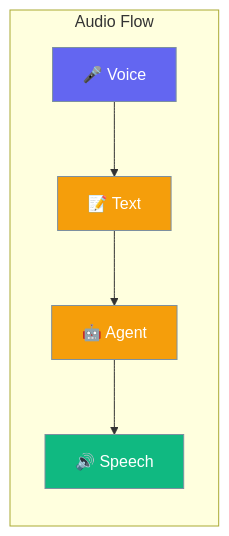
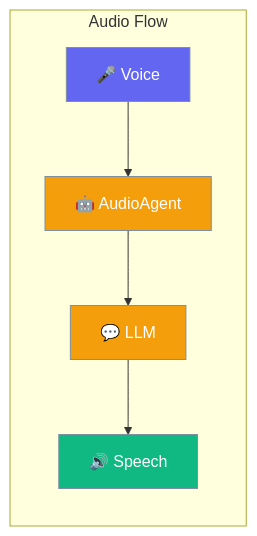
One commit to MervinPraison/PraisonAIDocs changed the diagram in docs/rust/audio.mdx. Above: the diagram before and after it, drawn with Mermaid. The commit also changed other lines of this file and 17 other files, not shown here.

````diff
--- a/docs/rust/audio.mdx
+++ b/docs/rust/audio.mdx
@@ -10,16 +10,16 @@
 ```mermaid
 graph LR
     subgraph "Audio Flow"
-        V[🎤 Voice] --> T[📝 Text]
-        T --> A[🤖 Agent]
-        A --> S[🔊 Speech]
+        I[🎤 Voice] --> A[🤖 AudioAgent]
+        A --> L[💬 LLM]
+        L --> S[🔊 Speech]
     end
     
     classDef input fill:#6366F1,stroke:#7C90A0,color:#fff
     classDef agent fill:#F59E0B,stroke:#7C90A0,color:#fff
     classDef output fill:#10B981,stroke:#7C90A0,color:#fff
     
-    class V input
-    class T,A agent
+    class I input
+    class A,L agent
     class S output
 ```
````
